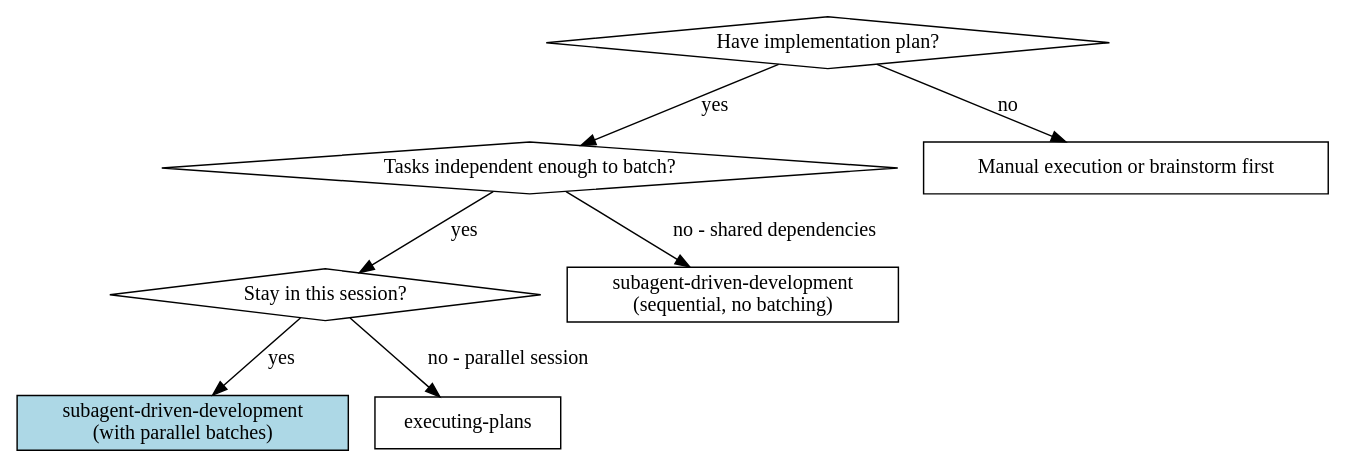
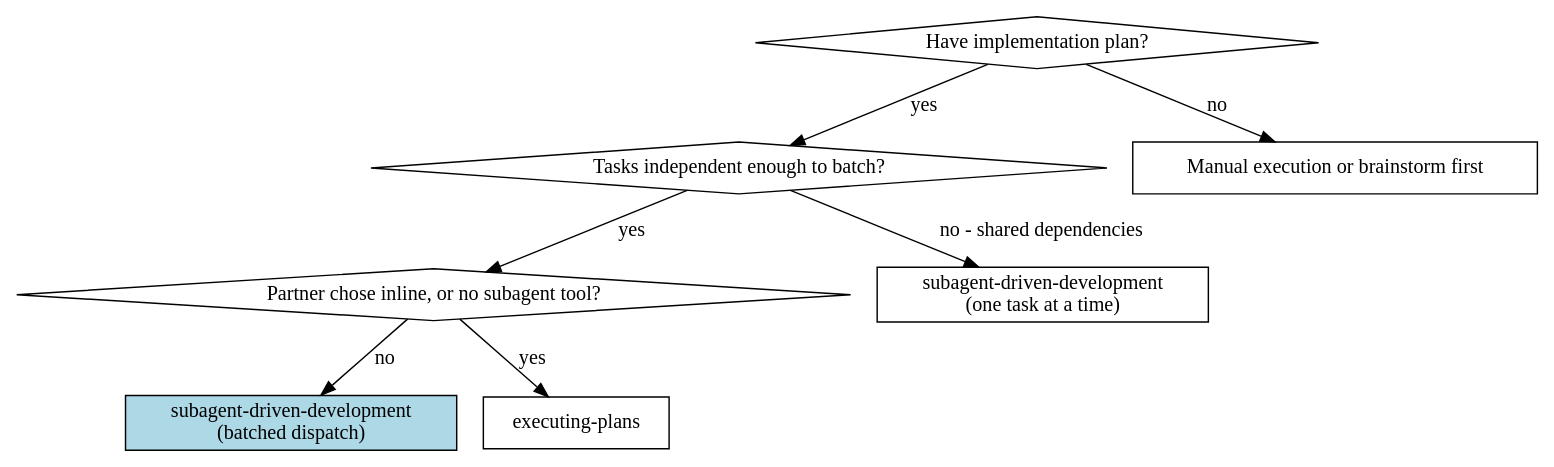
Before and after one commit to jveko/.agents: the first of 2 diagrams in skills/subagent-driven-development/SKILL.md, drawn with Graphviz. The commit also changed other lines of this file and 60 other files, not shown here.

First line of the commit message:
chore(skills): sync upstream superpowers and fix render-graphs portability

````diff
--- a/skills/subagent-driven-development/SKILL.md
+++ b/skills/subagent-driven-development/SKILL.md
@@ -16,18 +39,18 @@
 ```dot
 digraph when_to_use {
     "Have implementation plan?" [shape=diamond];
     "Tasks independent enough to batch?" [shape=diamond];
-    "Stay in this session?" [shape=diamond];
-    "subagent-driven-development\n(with parallel batches)" [shape=box style=filled fillcolor=lightblue];
-    "subagent-driven-development\n(sequential, no batching)" [shape=box];
+    "Partner chose inline, or no subagent tool?" [shape=diamond];
+    "subagent-driven-development\n(batched dispatch)" [shape=box style=filled fillcolor=lightblue];
+    "subagent-driven-development\n(one task at a time)" [shape=box];
     "executing-plans" [shape=box];
     "Manual execution or brainstorm first" [shape=box];
 
     "Have implementation plan?" -> "Tasks independent enough to batch?" [label="yes"];
     "Have implementation plan?" -> "Manual execution or brainstorm first" [label="no"];
-    "Tasks independent enough to batch?" -> "Stay in this session?" [label="yes"];
-    "Tasks independent enough to batch?" -> "subagent-driven-development\n(sequential, no batching)" [label="no - shared dependencies"];
-    "Stay in this session?" -> "subagent-driven-development\n(with parallel batches)" [label="yes"];
-    "Stay in this session?" -> "executing-plans" [label="no - parallel session"];
+    "Tasks independent enough to batch?" -> "Partner chose inline, or no subagent tool?" [label="yes"];
+    "Tasks independent enough to batch?" -> "subagent-driven-development\n(one task at a time)" [label="no - shared dependencies"];
+    "Partner chose inline, or no subagent tool?" -> "executing-plans" [label="yes"];
+    "Partner chose inline, or no subagent tool?" -> "subagent-driven-development\n(batched dispatch)" [label="no"];
 }
 ```
````
